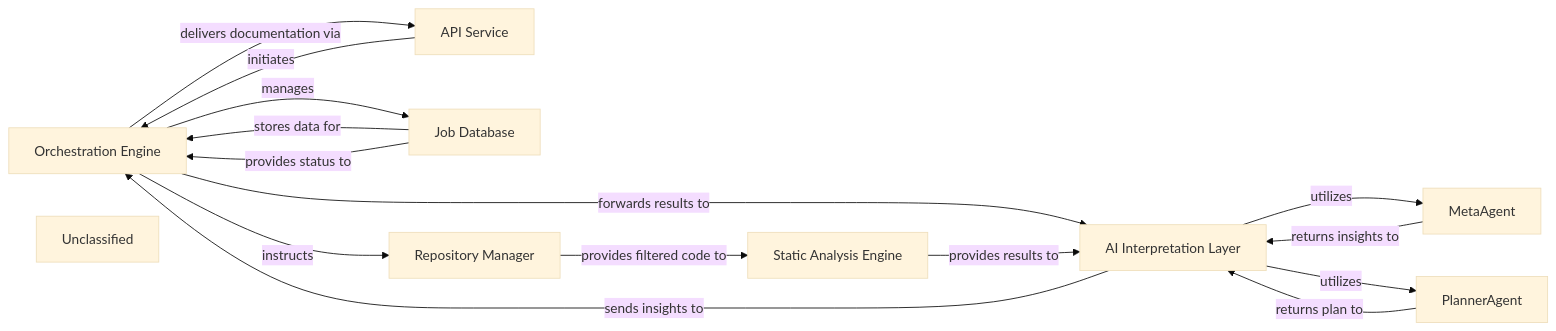
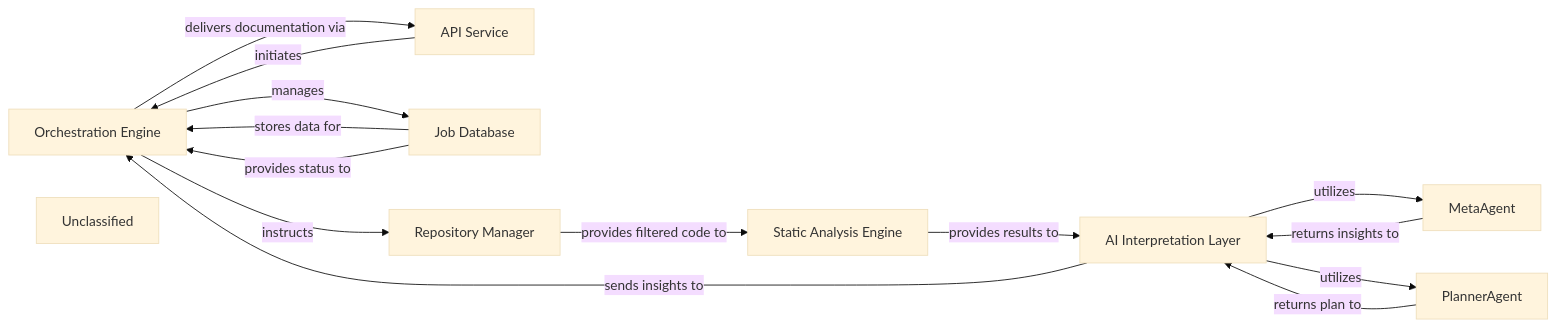
One commit to CodeBoarding/CodeBoarding changed the diagram in .codeboarding/Orchestration_Engine.md. Above: the diagram before and after it, drawn with Mermaid (base theme). The commit also changed other lines of this file and 17 other files, not shown here.

First line of the commit message:
docs: update codeboarding documentation and generate architecture

````diff
--- a/.codeboarding/Orchestration_Engine.md
+++ b/.codeboarding/Orchestration_Engine.md
@@ -1,28 +1,27 @@
 ```mermaid
 graph LR
     Orchestration_Engine["Orchestration Engine"]
     API_Service["API Service"]
     Job_Database["Job Database"]
     Repository_Manager["Repository Manager"]
     Static_Analysis_Engine["Static Analysis Engine"]
     AI_Interpretation_Layer["AI Interpretation Layer"]
     MetaAgent["MetaAgent"]
     PlannerAgent["PlannerAgent"]
     Unclassified["Unclassified"]
     API_Service -- "initiates" --> Orchestration_Engine
     Orchestration_Engine -- "manages" --> Job_Database
     Orchestration_Engine -- "instructs" --> Repository_Manager
     Repository_Manager -- "provides filtered code to" --> Static_Analysis_Engine
-    Orchestration_Engine -- "forwards results to" --> AI_Interpretation_Layer
+    Static_Analysis_Engine -- "provides results to" --> AI_Interpretation_Layer
     AI_Interpretation_Layer -- "utilizes" --> MetaAgent
     AI_Interpretation_Layer -- "utilizes" --> PlannerAgent
     MetaAgent -- "returns insights to" --> AI_Interpretation_Layer
     PlannerAgent -- "returns plan to" --> AI_Interpretation_Layer
     AI_Interpretation_Layer -- "sends insights to" --> Orchestration_Engine
     Orchestration_Engine -- "delivers documentation via" --> API_Service
     Job_Database -- "stores data for" --> Orchestration_Engine
     Job_Database -- "provides status to" --> Orchestration_Engine
-    Static_Analysis_Engine -- "provides results to" --> AI_Interpretation_Layer
     click Orchestration_Engine href "https://github.com/CodeBoarding/CodeBoarding/blob/main/.codeboarding/Orchestration_Engine.md" "Details"
     click Static_Analysis_Engine href "https://github.com/CodeBoarding/CodeBoarding/blob/main/.codeboarding/Static_Analysis_Engine.md" "Details"
 ```
````
